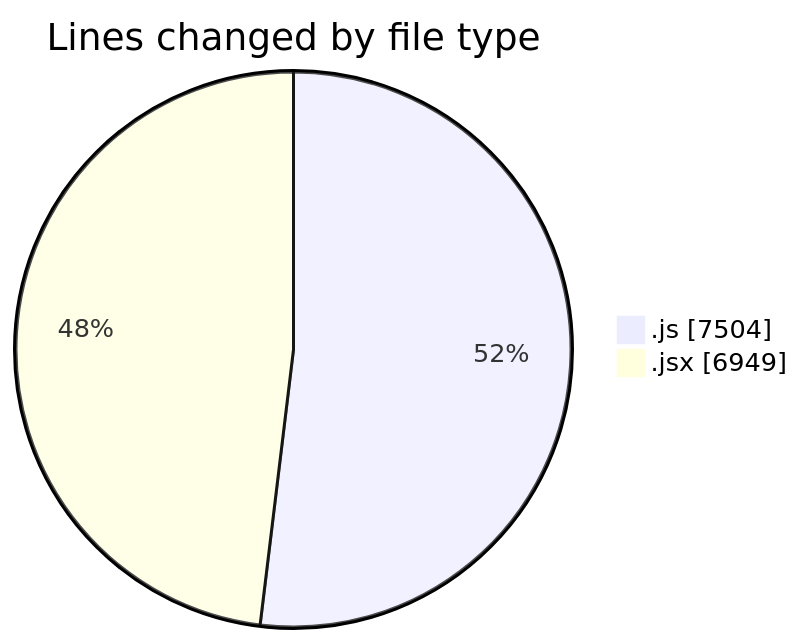
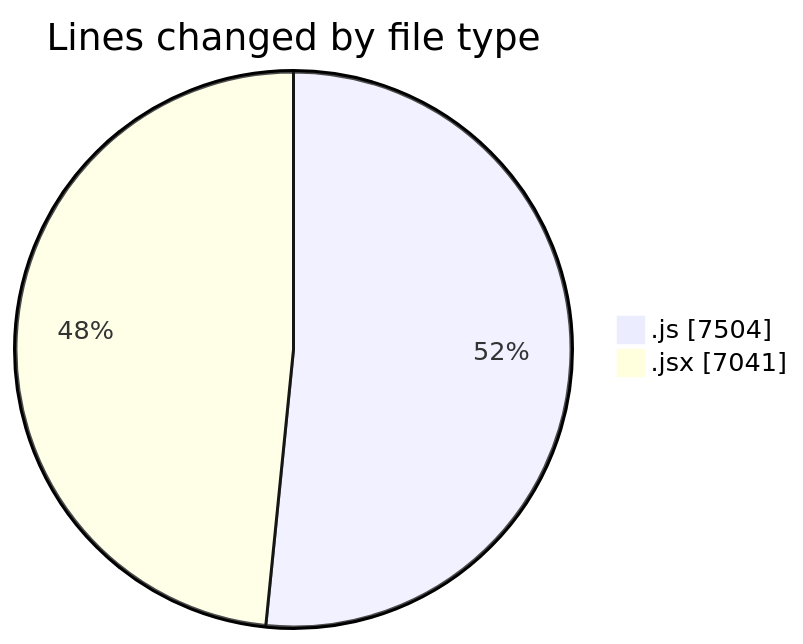
One commit to nxtqubesakshisongat/code-tracking changed the first of 2 diagrams in 2025-09-24/nxtqube_webapp/README.md. Above: the diagram before and after it, drawn with Mermaid. The commit also changed other lines of this file and 1 other file, not shown here.

````diff
--- a/2025-09-24/nxtqube_webapp/README.md
+++ b/2025-09-24/nxtqube_webapp/README.md
@@ -23,6 +23,6 @@
 ```mermaid
 pie showData
 title Lines changed by file type
 ".js" : 7504
-".jsx" : 6949
+".jsx" : 7041
 ```
````
